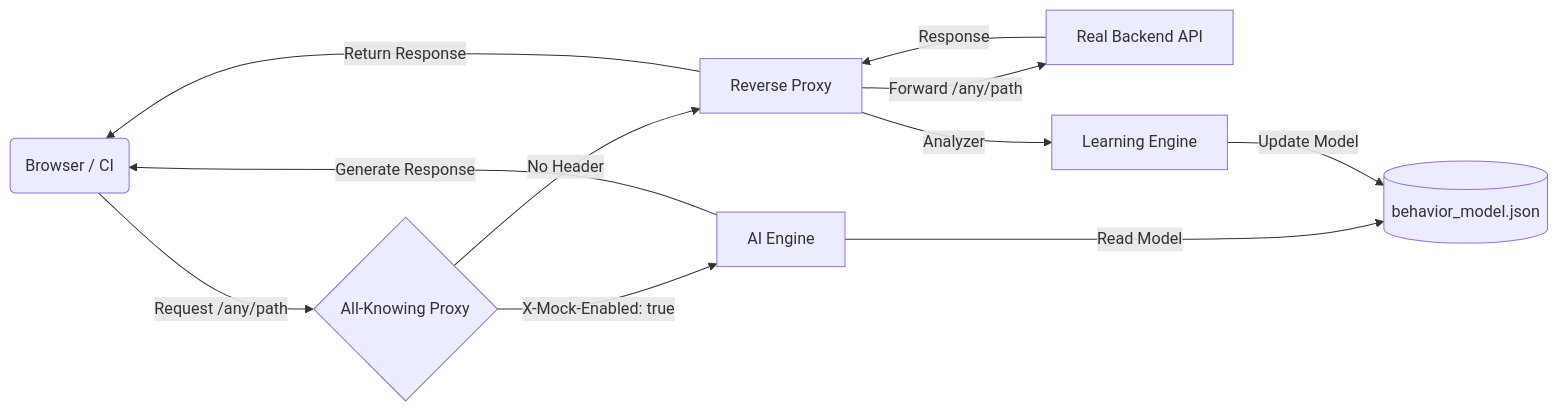
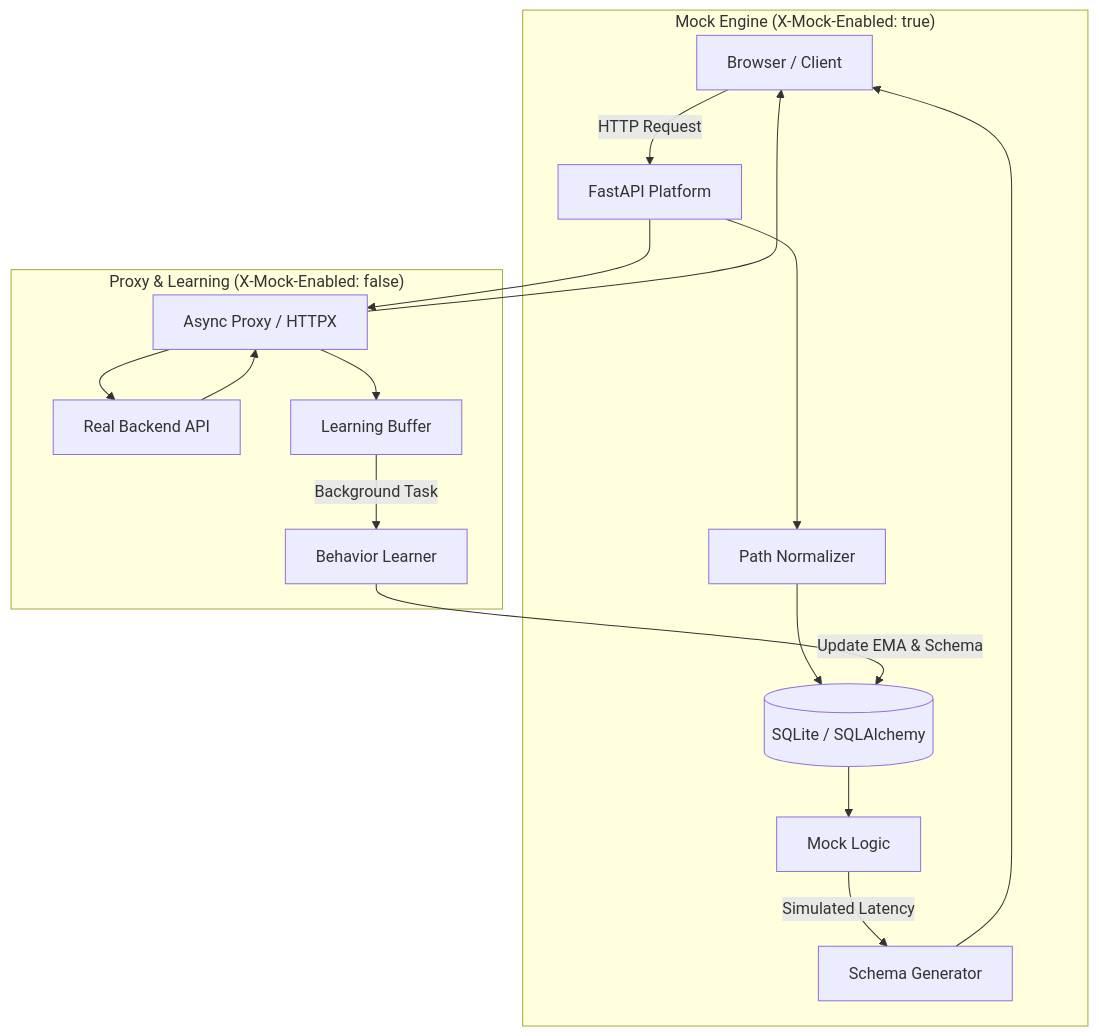
One commit to Prathamesh-Udoshi/intelligent-adaptive-mock changed the diagram in README.md. Above: the diagram before and after it, drawn with Mermaid. The commit also changed other lines of this file and 2 other files, not shown here.

Commit message:
migrate to FastAPI and update project structure

````diff
--- a/README.md
+++ b/README.md
@@ -16,17 +22,22 @@
 ```mermaid
-graph LR
-    Client(Browser / CI) -->|Request /any/path| Server{All-Knowing Proxy}
+graph TD
+    Client[Browser / Client] -->|HTTP Request| Server[FastAPI Platform]
     
-    %% Mock Path
-    Server -->|X-Mock-Enabled: true| AI[AI Engine]
-    AI -->|Read Model| DB[(behavior_model.json)]
-    AI -->|Generate Response| Client
+    subgraph "Mock Engine (X-Mock-Enabled: true)"
+        Server --> Norm[Path Normalizer]
+        Norm --> DB[(SQLite / SQLAlchemy)]
+        DB --> Logic[Mock Logic]
+        Logic -->|Simulated Latency| Gen[Schema Generator]
+        Gen --> Client
+    end
     
-    %% Proxy Path
-    Server -->|No Header| Proxy[Reverse Proxy]
-    Proxy -->|Forward /any/path| Target[Real Backend API]
-    Target -->|Response| Proxy
-    Proxy -->|Analyzer| Learning[Learning Engine]
-    Learning -->|Update Model| DB
-    Proxy -->|Return Response| Client
+    subgraph "Proxy & Learning (X-Mock-Enabled: false)"
+        Server --> Proxy[Async Proxy / HTTPX]
+        Proxy --> Target[Real Backend API]
+        Target --> Proxy
+        Proxy --> Buffer[Learning Buffer]
+        Buffer -->|Background Task| Learner[Behavior Learner]
+        Learner -->|Update EMA & Schema| DB
+        Proxy --> Client
+    end
 ```
````
